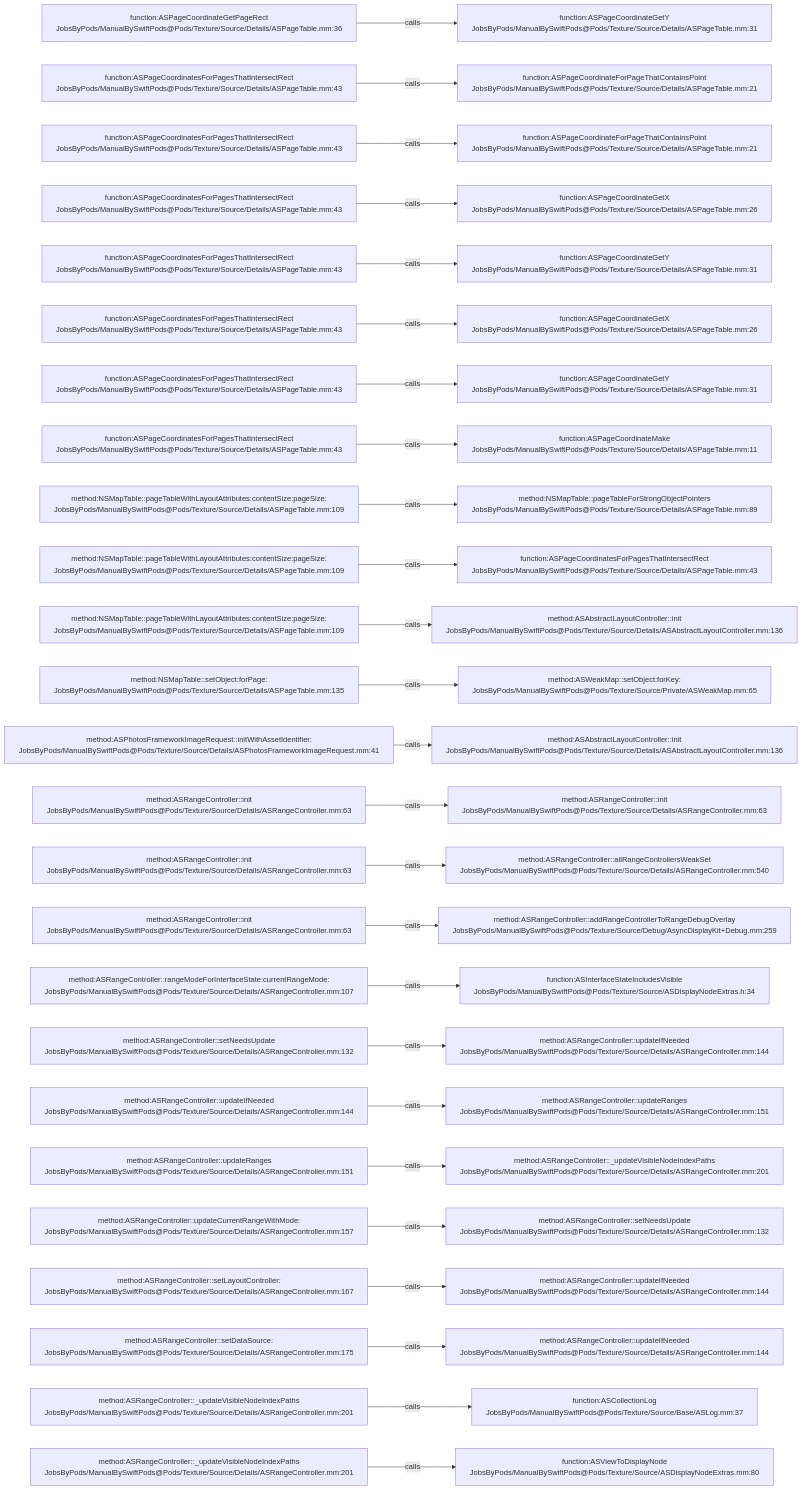
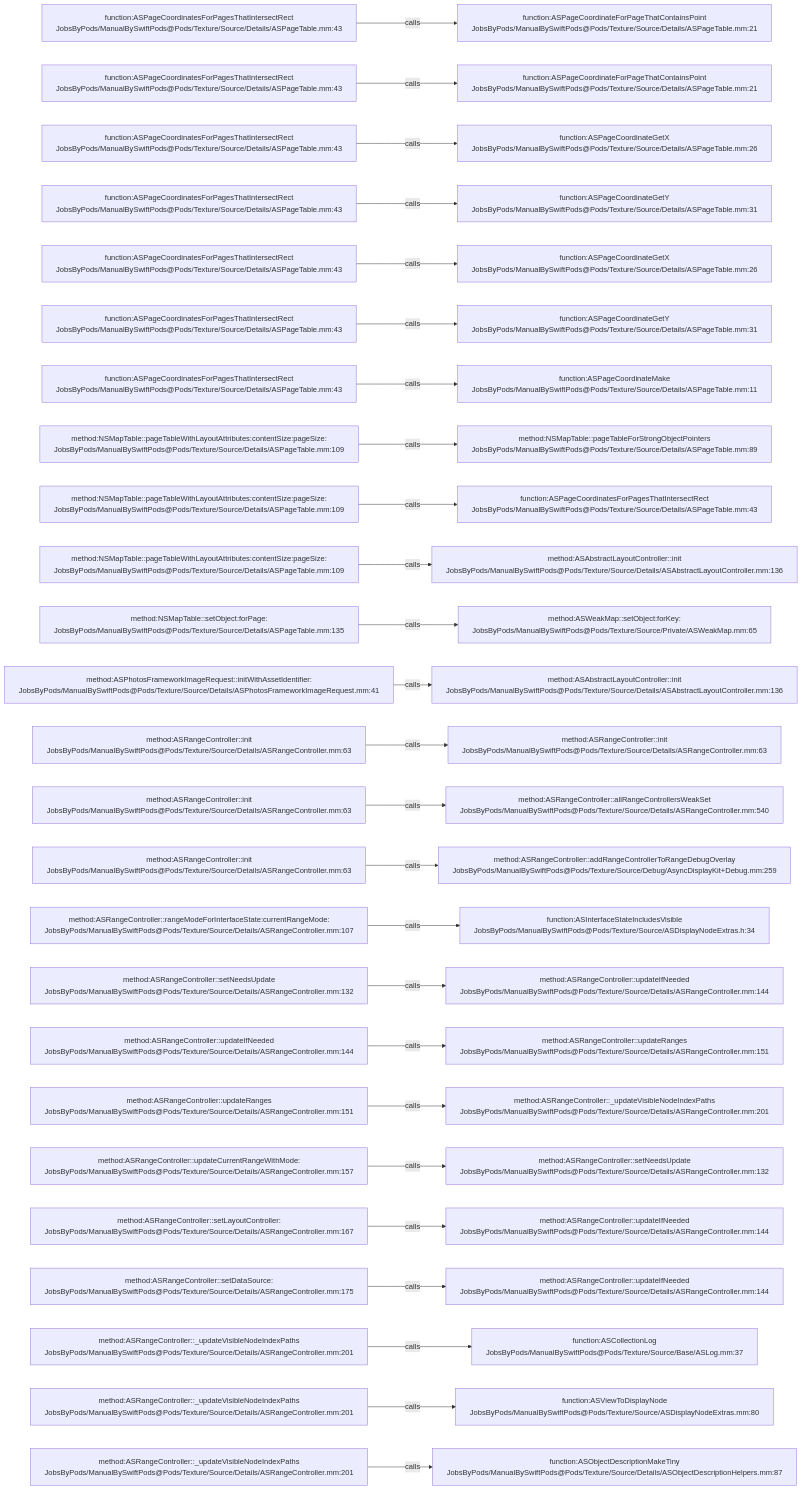
Before and after one commit to JobsKits/JobsSwiftBaseConfigDemo: the diagram in .codegraph/codegraph.md/graphs/calls-093.md, drawn with Mermaid. The commit also changed 747 other files, not shown here.

````diff
--- a/.codegraph/codegraph.md/graphs/calls-093.md
+++ b/.codegraph/codegraph.md/graphs/calls-093.md
@@ -13,78 +13,78 @@
 ```mermaid
 flowchart LR
-  S1["function:ASPageCoordinateGetPageRect<br/>JobsByPods/ManualBySwiftPods@Pods/Texture/Source/Details/ASPageTable.mm:36"]
-  T1["function:ASPageCoordinateGetY<br/>JobsByPods/ManualBySwiftPods@Pods/Texture/Source/Details/ASPageTable.mm:31"]
+  S1["function:ASPageCoordinatesForPagesThatIntersectRect<br/>JobsByPods/ManualBySwiftPods@Pods/Texture/Source/Details/ASPageTable.mm:43"]
+  T1["function:ASPageCoordinateForPageThatContainsPoint<br/>JobsByPods/ManualBySwiftPods@Pods/Texture/Source/Details/ASPageTable.mm:21"]
   S1 -->|calls| T1
   S2["function:ASPageCoordinatesForPagesThatIntersectRect<br/>JobsByPods/ManualBySwiftPods@Pods/Texture/Source/Details/ASPageTable.mm:43"]
   T2["function:ASPageCoordinateForPageThatContainsPoint<br/>JobsByPods/ManualBySwiftPods@Pods/Texture/Source/Details/ASPageTable.mm:21"]
   S2 -->|calls| T2
   S3["function:ASPageCoordinatesForPagesThatIntersectRect<br/>JobsByPods/ManualBySwiftPods@Pods/Texture/Source/Details/ASPageTable.mm:43"]
-  T3["function:ASPageCoordinateForPageThatContainsPoint<br/>JobsByPods/ManualBySwiftPods@Pods/Texture/Source/Details/ASPageTable.mm:21"]
+  T3["function:ASPageCoordinateGetX<br/>JobsByPods/ManualBySwiftPods@Pods/Texture/Source/Details/ASPageTable.mm:26"]
   S3 -->|calls| T3
   S4["function:ASPageCoordinatesForPagesThatIntersectRect<br/>JobsByPods/ManualBySwiftPods@Pods/Texture/Source/Details/ASPageTable.mm:43"]
-  T4["function:ASPageCoordinateGetX<br/>JobsByPods/ManualBySwiftPods@Pods/Texture/Source/Details/ASPageTable.mm:26"]
+  T4["function:ASPageCoordinateGetY<br/>JobsByPods/ManualBySwiftPods@Pods/Texture/Source/Details/ASPageTable.mm:31"]
   S4 -->|calls| T4
   S5["function:ASPageCoordinatesForPagesThatIntersectRect<br/>JobsByPods/ManualBySwiftPods@Pods/Texture/Source/Details/ASPageTable.mm:43"]
-  T5["function:ASPageCoordinateGetY<br/>JobsByPods/ManualBySwiftPods@Pods/Texture/Source/Details/ASPageTable.mm:31"]
+  T5["function:ASPageCoordinateGetX<br/>JobsByPods/ManualBySwiftPods@Pods/Texture/Source/Details/ASPageTable.mm:26"]
   S5 -->|calls| T5
   S6["function:ASPageCoordinatesForPagesThatIntersectRect<br/>JobsByPods/ManualBySwiftPods@Pods/Texture/Source/Details/ASPageTable.mm:43"]
-  T6["function:ASPageCoordinateGetX<br/>JobsByPods/ManualBySwiftPods@Pods/Texture/Source/Details/ASPageTable.mm:26"]
+  T6["function:ASPageCoordinateGetY<br/>JobsByPods/ManualBySwiftPods@Pods/Texture/Source/Details/ASPageTable.mm:31"]
   S6 -->|calls| T6
   S7["function:ASPageCoordinatesForPagesThatIntersectRect<br/>JobsByPods/ManualBySwiftPods@Pods/Texture/Source/Details/ASPageTable.mm:43"]
-  T7["function:ASPageCoordinateGetY<br/>JobsByPods/ManualBySwiftPods@Pods/Texture/Source/Details/ASPageTable.mm:31"]
+  T7["function:ASPageCoordinateMake<br/>JobsByPods/ManualBySwiftPods@Pods/Texture/Source/Details/ASPageTable.mm:11"]
   S7 -->|calls| T7
-  S8["function:ASPageCoordinatesForPagesThatIntersectRect<br/>JobsByPods/ManualBySwiftPods@Pods/Texture/Source/Details/ASPageTable.mm:43"]
-  T8["function:ASPageCoordinateMake<br/>JobsByPods/ManualBySwiftPods@Pods/Texture/Source/Details/ASPageTable.mm:11"]
+  S8["method:NSMapTable::pageTableWithLayoutAttributes:contentSize:pageSize:<br/>JobsByPods/ManualBySwiftPods@Pods/Texture/Source/Details/ASPageTable.mm:109"]
+  T8["method:NSMapTable::pageTableForStrongObjectPointers<br/>JobsByPods/ManualBySwiftPods@Pods/Texture/Source/Details/ASPageTable.mm:89"]
   S8 -->|calls| T8
   S9["method:NSMapTable::pageTableWithLayoutAttributes:contentSize:pageSize:<br/>JobsByPods/ManualBySwiftPods@Pods/Texture/Source/Details/ASPageTable.mm:109"]
-  T9["method:NSMapTable::pageTableForStrongObjectPointers<br/>JobsByPods/ManualBySwiftPods@Pods/Texture/Source/Details/ASPageTable.mm:89"]
+  T9["function:ASPageCoordinatesForPagesThatIntersectRect<br/>JobsByPods/ManualBySwiftPods@Pods/Texture/Source/Details/ASPageTable.mm:43"]
   S9 -->|calls| T9
   S10["method:NSMapTable::pageTableWithLayoutAttributes:contentSize:pageSize:<br/>JobsByPods/ManualBySwiftPods@Pods/Texture/Source/Details/ASPageTable.mm:109"]
-  T10["function:ASPageCoordinatesForPagesThatIntersectRect<br/>JobsByPods/ManualBySwiftPods@Pods/Texture/Source/Details/ASPageTable.mm:43"]
+  T10["method:ASAbstractLayoutController::init<br/>JobsByPods/ManualBySwiftPods@Pods/Texture/Source/Details/ASAbstractLayoutController.mm:136"]
   S10 -->|calls| T10
-  S11["method:NSMapTable::pageTableWithLayoutAttributes:contentSize:pageSize:<br/>JobsByPods/ManualBySwiftPods@Pods/Texture/Source/Details/ASPageTable.mm:109"]
-  T11["method:ASAbstractLayoutController::init<br/>JobsByPods/ManualBySwiftPods@Pods/Texture/Source/Details/ASAbstractLayoutController.mm:136"]
+  S11["method:NSMapTable::setObject:forPage:<br/>JobsByPods/ManualBySwiftPods@Pods/Texture/Source/Details/ASPageTable.mm:135"]
+  T11["method:ASWeakMap::setObject:forKey:<br/>JobsByPods/ManualBySwiftPods@Pods/Texture/Source/Private/ASWeakMap.mm:65"]
   S11 -->|calls| T11
-  S12["method:NSMapTable::setObject:forPage:<br/>JobsByPods/ManualBySwiftPods@Pods/Texture/Source/Details/ASPageTable.mm:135"]
-  T12["method:ASWeakMap::setObject:forKey:<br/>JobsByPods/ManualBySwiftPods@Pods/Texture/Source/Private/ASWeakMap.mm:65"]
+  S12["method:ASPhotosFrameworkImageRequest::initWithAssetIdentifier:<br/>JobsByPods/ManualBySwiftPods@Pods/Texture/Source/Details/ASPhotosFrameworkImageRequest.mm:41"]
+  T12["method:ASAbstractLayoutController::init<br/>JobsByPods/ManualBySwiftPods@Pods/Texture/Source/Details/ASAbstractLayoutController.mm:136"]
   S12 -->|calls| T12
-  S13["method:ASPhotosFrameworkImageRequest::initWithAssetIdentifier:<br/>JobsByPods/ManualBySwiftPods@Pods/Texture/Source/Details/ASPhotosFrameworkImageRequest.mm:41"]
-  T13["method:ASAbstractLayoutController::init<br/>JobsByPods/ManualBySwiftPods@Pods/Texture/Source/Details/ASAbstractLayoutController.mm:136"]
+  S13["method:ASRangeController::init<br/>JobsByPods/ManualBySwiftPods@Pods/Texture/Source/Details/ASRangeController.mm:63"]
+  T13["method:ASRangeController::init<br/>JobsByPods/ManualBySwiftPods@Pods/Texture/Source/Details/ASRangeController.mm:63"]
   S13 -->|calls| T13
   S14["method:ASRangeController::init<br/>JobsByPods/ManualBySwiftPods@Pods/Texture/Source/Details/ASRangeController.mm:63"]
-  T14["method:ASRangeController::init<br/>JobsByPods/ManualBySwiftPods@Pods/Texture/Source/Details/ASRangeController.mm:63"]
+  T14["method:ASRangeController::allRangeControllersWeakSet<br/>JobsByPods/ManualBySwiftPods@Pods/Texture/Source/Details/ASRangeController.mm:540"]
   S14 -->|calls| T14
   S15["method:ASRangeController::init<br/>JobsByPods/ManualBySwiftPods@Pods/Texture/Source/Details/ASRangeController.mm:63"]
-  T15["method:ASRangeController::allRangeControllersWeakSet<br/>JobsByPods/ManualBySwiftPods@Pods/Texture/Source/Details/ASRangeController.mm:540"]
+  T15["method:ASRangeController::addRangeControllerToRangeDebugOverlay<br/>JobsByPods/ManualBySwiftPods@Pods/Texture/Source/Debug/AsyncDisplayKit+Debug.mm:259"]
   S15 -->|calls| T15
-  S16["method:ASRangeController::init<br/>JobsByPods/ManualBySwiftPods@Pods/Texture/Source/Details/ASRangeController.mm:63"]
-  T16["method:ASRangeController::addRangeControllerToRangeDebugOverlay<br/>JobsByPods/ManualBySwiftPods@Pods/Texture/Source/Debug/AsyncDisplayKit+Debug.mm:259"]
+  S16["method:ASRangeController::rangeModeForInterfaceState:currentRangeMode:<br/>JobsByPods/ManualBySwiftPods@Pods/Texture/Source/Details/ASRangeController.mm:107"]
+  T16["function:ASInterfaceStateIncludesVisible<br/>JobsByPods/ManualBySwiftPods@Pods/Texture/Source/ASDisplayNodeExtras.h:34"]
   S16 -->|calls| T16
-  S17["method:ASRangeController::rangeModeForInterfaceState:currentRangeMode:<br/>JobsByPods/ManualBySwiftPods@Pods/Texture/Source/Details/ASRangeController.mm:107"]
-  T17["function:ASInterfaceStateIncludesVisible<br/>JobsByPods/ManualBySwiftPods@Pods/Texture/Source/ASDisplayNodeExtras.h:34"]
+  S17["method:ASRangeController::setNeedsUpdate<br/>JobsByPods/ManualBySwiftPods@Pods/Texture/Source/Details/ASRangeController.mm:132"]
+  T17["method:ASRangeController::updateIfNeeded<br/>JobsByPods/ManualBySwiftPods@Pods/Texture/Source/Details/ASRangeController.mm:144"]
   S17 -->|calls| T17
-  S18["method:ASRangeController::setNeedsUpdate<br/>JobsByPods/ManualBySwiftPods@Pods/Texture/Source/Details/ASRangeController.mm:132"]
-  T18["method:ASRangeController::updateIfNeeded<br/>JobsByPods/ManualBySwiftPods@Pods/Texture/Source/Details/ASRangeController.mm:144"]
+  S18["method:ASRangeController::updateIfNeeded<br/>JobsByPods/ManualBySwiftPods@Pods/Texture/Source/Details/ASRangeController.mm:144"]
+  T18["method:ASRangeController::updateRanges<br/>JobsByPods/ManualBySwiftPods@Pods/Texture/Source/Details/ASRangeController.mm:151"]
   S18 -->|calls| T18
-  S19["method:ASRangeController::updateIfNeeded<br/>JobsByPods/ManualBySwiftPods@Pods/Texture/Source/Details/ASRangeController.mm:144"]
-  T19["method:ASRangeController::updateRanges<br/>JobsByPods/ManualBySwiftPods@Pods/Texture/Source/Details/ASRangeController.mm:151"]
+  S19["method:ASRangeController::updateRanges<br/>JobsByPods/ManualBySwiftPods@Pods/Texture/Source/Details/ASRangeController.mm:151"]
+  T19["method:ASRangeController::_updateVisibleNodeIndexPaths<br/>JobsByPods/ManualBySwiftPods@Pods/Texture/Source/Details/ASRangeController.mm:201"]
   S19 -->|calls| T19
-  S20["method:ASRangeController::updateRanges<br/>JobsByPods/ManualBySwiftPods@Pods/Texture/Source/Details/ASRangeController.mm:151"]
-  T20["method:ASRangeController::_updateVisibleNodeIndexPaths<br/>JobsByPods/ManualBySwiftPods@Pods/Texture/Source/Details/ASRangeController.mm:201"]
+  S20["method:ASRangeController::updateCurrentRangeWithMode:<br/>JobsByPods/ManualBySwiftPods@Pods/Texture/Source/Details/ASRangeController.mm:157"]
+  T20["method:ASRangeController::setNeedsUpdate<br/>JobsByPods/ManualBySwiftPods@Pods/Texture/Source/Details/ASRangeController.mm:132"]
   S20 -->|calls| T20
-  S21["method:ASRangeController::updateCurrentRangeWithMode:<br/>JobsByPods/ManualBySwiftPods@Pods/Texture/Source/Details/ASRangeController.mm:157"]
-  T21["method:ASRangeController::setNeedsUpdate<br/>JobsByPods/ManualBySwiftPods@Pods/Texture/Source/Details/ASRangeController.mm:132"]
+  S21["method:ASRangeController::setLayoutController:<br/>JobsByPods/ManualBySwiftPods@Pods/Texture/Source/Details/ASRangeController.mm:167"]
+  T21["method:ASRangeController::updateIfNeeded<br/>JobsByPods/ManualBySwiftPods@Pods/Texture/Source/Details/ASRangeController.mm:144"]
   S21 -->|calls| T21
-  S22["method:ASRangeController::setLayoutController:<br/>JobsByPods/ManualBySwiftPods@Pods/Texture/Source/Details/ASRangeController.mm:167"]
+  S22["method:ASRangeController::setDataSource:<br/>JobsByPods/ManualBySwiftPods@Pods/Texture/Source/Details/ASRangeController.mm:175"]
   T22["method:ASRangeController::updateIfNeeded<br/>JobsByPods/ManualBySwiftPods@Pods/Texture/Source/Details/ASRangeController.mm:144"]
   S22 -->|calls| T22
-  S23["method:ASRangeController::setDataSource:<br/>JobsByPods/ManualBySwiftPods@Pods/Texture/Source/Details/ASRangeController.mm:175"]
-  T23["method:ASRangeController::updateIfNeeded<br/>JobsByPods/ManualBySwiftPods@Pods/Texture/Source/Details/ASRangeController.mm:144"]
+  S23["method:ASRangeController::_updateVisibleNodeIndexPaths<br/>JobsByPods/ManualBySwiftPods@Pods/Texture/Source/Details/ASRangeController.mm:201"]
+  T23["function:ASCollectionLog<br/>JobsByPods/ManualBySwiftPods@Pods/Texture/Source/Base/ASLog.mm:37"]
   S23 -->|calls| T23
   S24["method:ASRangeController::_updateVisibleNodeIndexPaths<br/>JobsByPods/ManualBySwiftPods@Pods/Texture/Source/Details/ASRangeController.mm:201"]
-  T24["function:ASCollectionLog<br/>JobsByPods/ManualBySwiftPods@Pods/Texture/Source/Base/ASLog.mm:37"]
+  T24["function:ASViewToDisplayNode<br/>JobsByPods/ManualBySwiftPods@Pods/Texture/Source/ASDisplayNodeExtras.mm:80"]
   S24 -->|calls| T24
   S25["method:ASRangeController::_updateVisibleNodeIndexPaths<br/>JobsByPods/ManualBySwiftPods@Pods/Texture/Source/Details/ASRangeController.mm:201"]
-  T25["function:ASViewToDisplayNode<br/>JobsByPods/ManualBySwiftPods@Pods/Texture/Source/ASDisplayNodeExtras.mm:80"]
+  T25["function:ASObjectDescriptionMakeTiny<br/>JobsByPods/ManualBySwiftPods@Pods/Texture/Source/Details/ASObjectDescriptionHelpers.mm:87"]
   S25 -->|calls| T25
 ```
````
